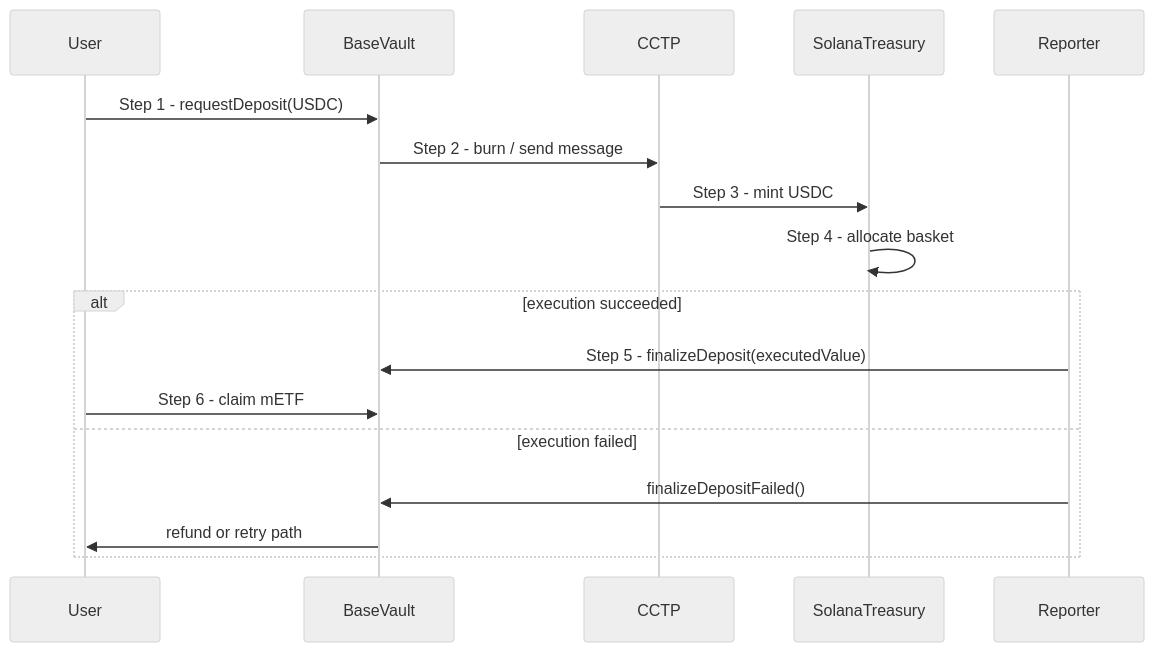
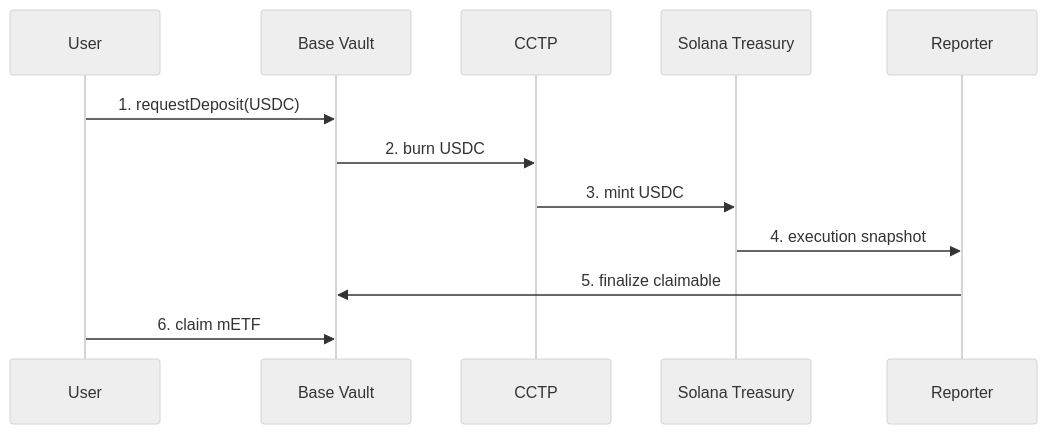
One commit to Ham3798/OmniETF changed the second of 3 diagrams in slides.md. Above: the diagram before and after it, drawn with Mermaid (neutral theme). The commit also changed other lines of this file and 3 other files, not shown here.

````diff
--- a/slides.md
+++ b/slides.md
@@ -430,21 +366,15 @@
 ```mermaid
 sequenceDiagram
   participant U as User
-  participant BV as BaseVault
-  participant CP as CCTP
-  participant ST as SolanaTreasury
+  participant BV as Base Vault
+  participant C as CCTP
+  participant ST as Solana Treasury
   participant R as Reporter
 
-  U->>BV: Step 1 - requestDeposit(USDC)
-  BV->>CP: Step 2 - burn / send message
-  CP->>ST: Step 3 - mint USDC
-  ST->>ST: Step 4 - allocate basket
-
-  alt execution succeeded
-    R->>BV: Step 5 - finalizeDeposit(executedValue)
-    U->>BV: Step 6 - claim mETF
-  else execution failed
-    R->>BV: finalizeDepositFailed()
-    BV->>U: refund or retry path
-  end
+  U->>BV: 1. requestDeposit(USDC)
+  BV->>C: 2. burn USDC
+  C->>ST: 3. mint USDC
+  ST->>R: 4. execution snapshot
+  R->>BV: 5. finalize claimable
+  U->>BV: 6. claim mETF
 ```
````
